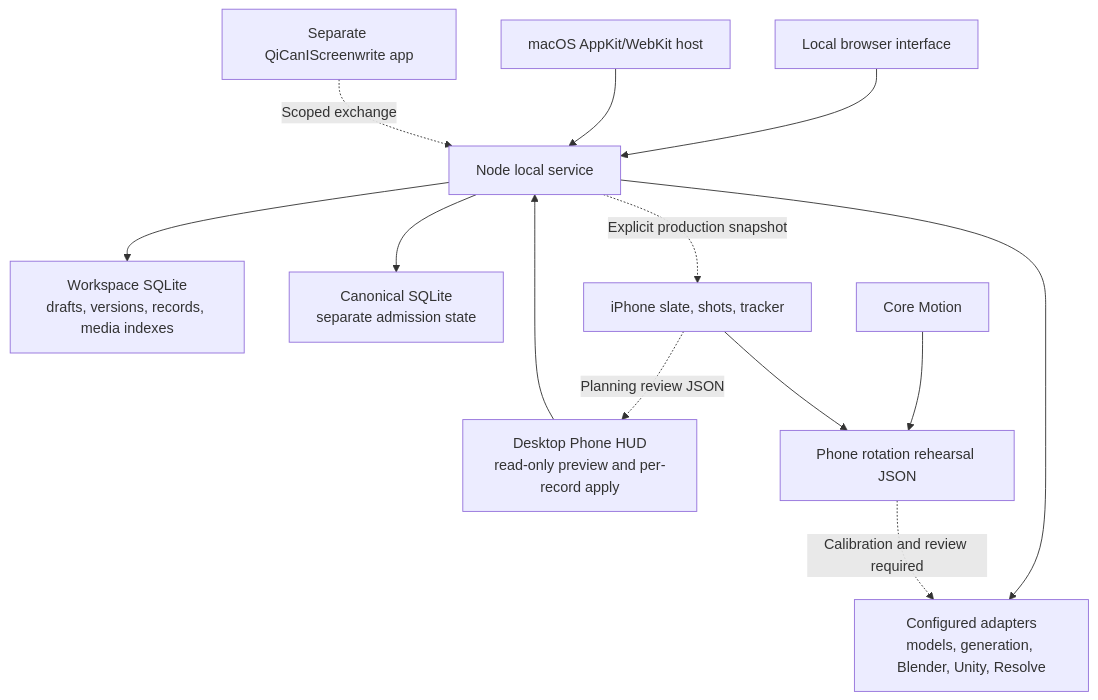
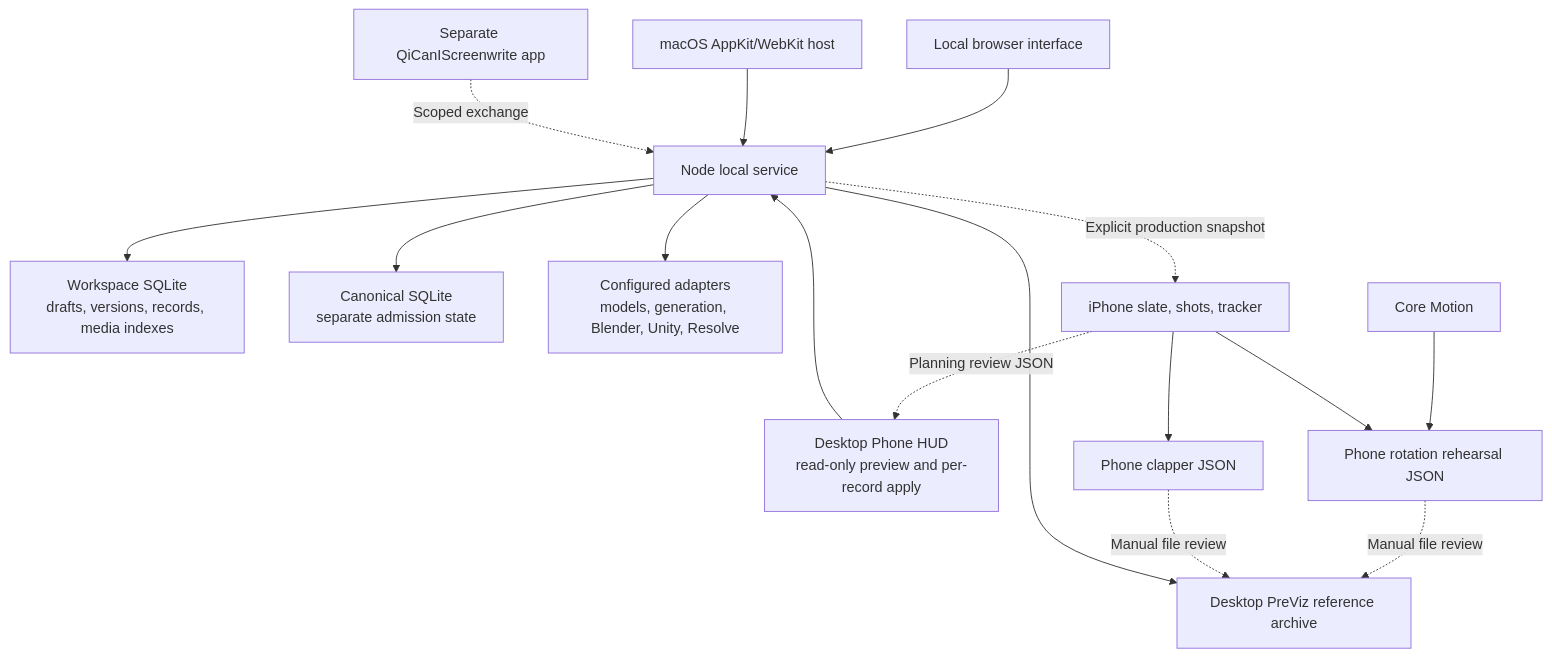
One commit to cr8ph8/QiMovi changed the diagram in ARCHITECTURE.md. Above: the diagram before and after it, drawn with Mermaid. The commit also changed other lines of this file and 60 other files, not shown here.

Commit message:
Unify production guidance, contact sheets and phone PreViz clapper

````diff
--- a/ARCHITECTURE.md
+++ b/ARCHITECTURE.md
@@ -5,15 +5,18 @@
 ```mermaid
 flowchart TB
   B[Local browser interface] --> S[Node local service]
   M[macOS AppKit/WebKit host] --> S
   S --> W[Workspace SQLite<br/>drafts, versions, records, media indexes]
   S --> K[Canonical SQLite<br/>separate admission state]
   S --> A[Configured adapters<br/>models, generation, Blender, Unity, Resolve]
   C[Separate QiCanIScreenwrite app] -. Scoped exchange .-> S
   S -. Explicit production snapshot .-> P[iPhone slate, shots, tracker]
   P -. Planning review JSON .-> R[Desktop Phone HUD<br/>read-only preview and per-record apply]
   R --> S
   CM[Core Motion] --> T[Phone rotation rehearsal JSON]
   P --> T
-  T -. Calibration and review required .-> A
+  P --> CLOG[Phone clapper JSON]
+  T -. Manual file review .-> PV[Desktop PreViz reference archive]
+  CLOG -. Manual file review .-> PV
+  S --> PV
 ```
````
